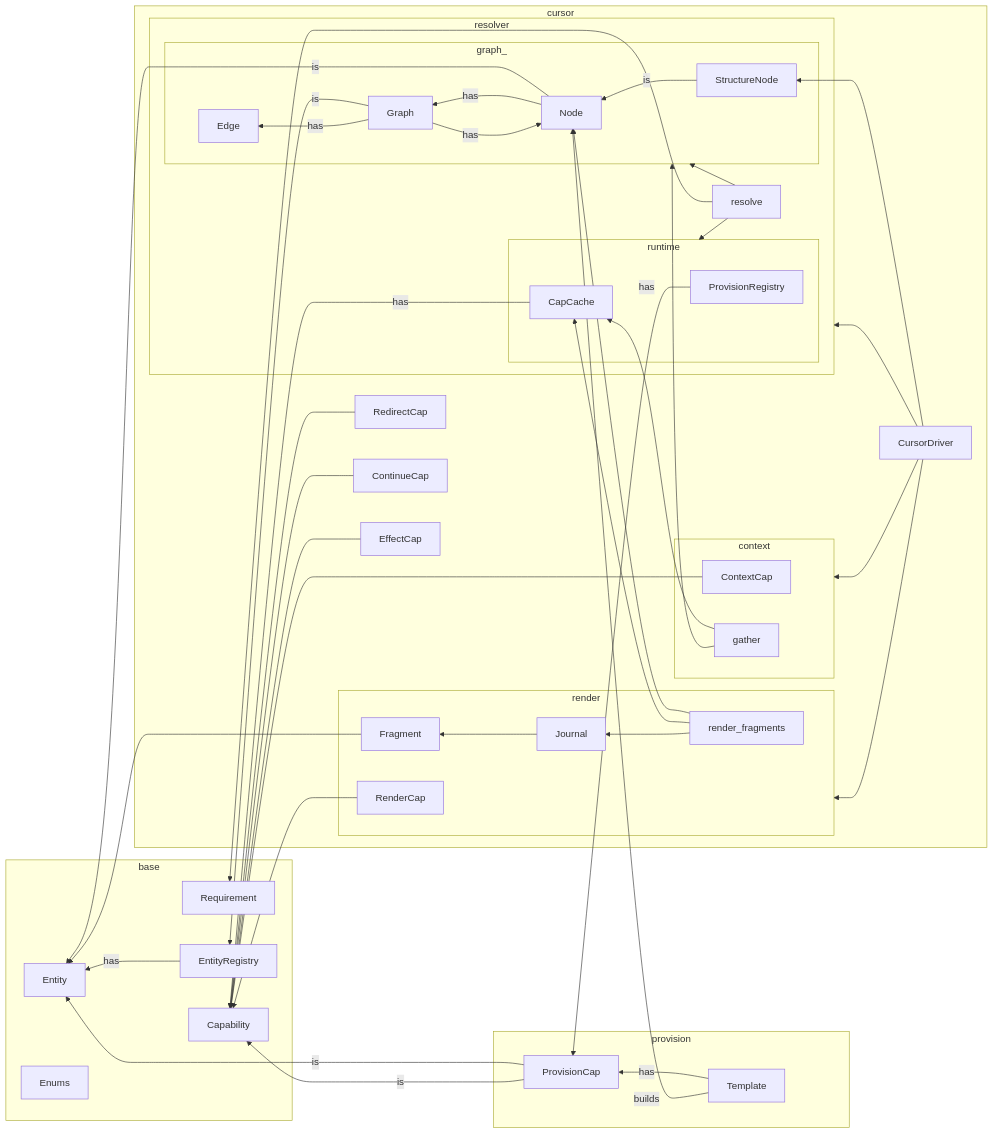
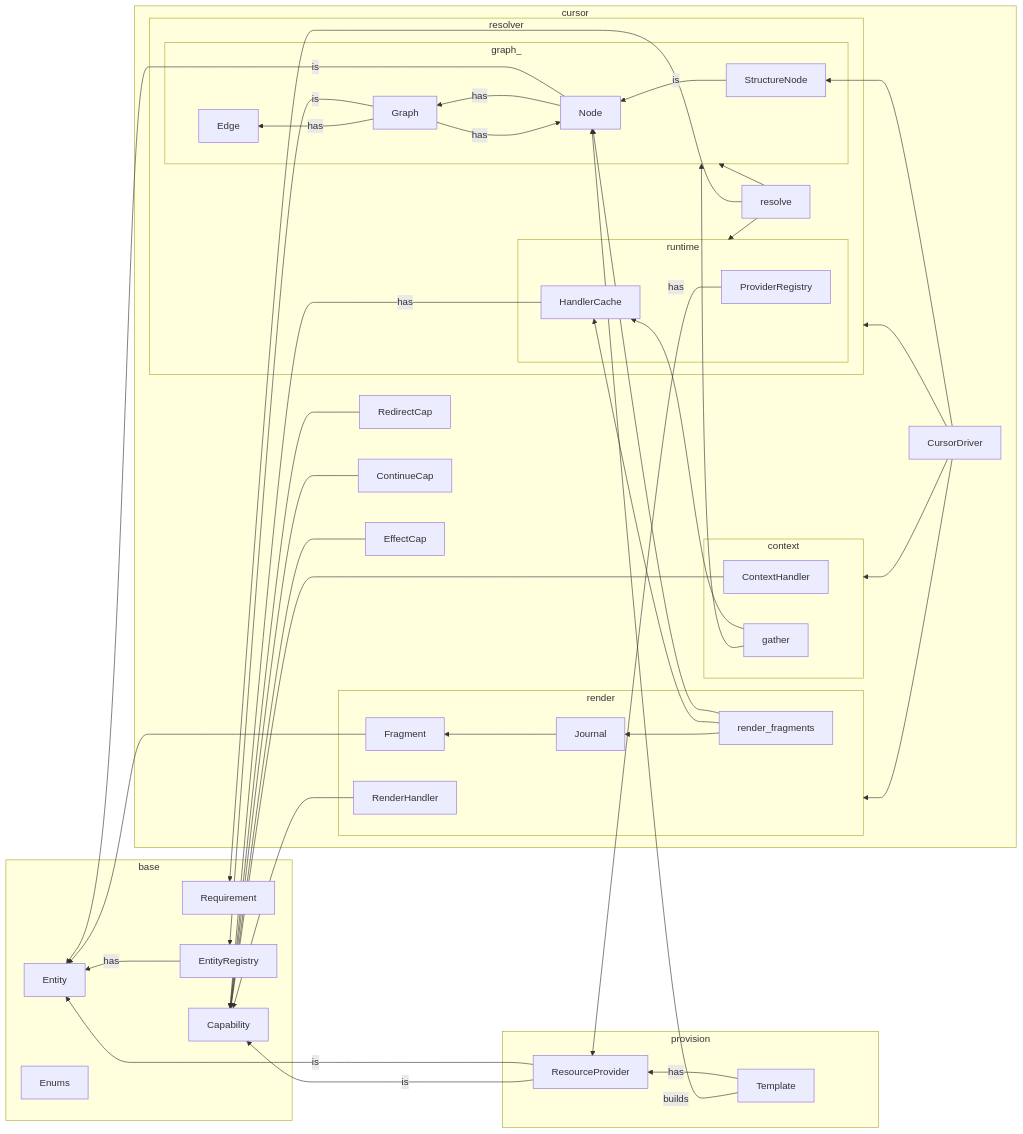
The diagram in engine/src/tangl33/core/notes.md (derekmerck/storytangl), drawn with Mermaid before and after one commit. The commit also changed 12 other files, not shown here.

````diff
--- a/engine/src/tangl33/core/notes.md
+++ b/engine/src/tangl33/core/notes.md
@@ -1,64 +1,63 @@
 ```mermaid
 flowchart RL
     subgraph base 
         Entity
         Enums
         EntityRegistry -- has --> Entity
         Capability
         Requirement
     end
 
     subgraph graph_
         Node -- is --> Entity
         Node -- has --> Graph
         StructureNode -- is --> Node
         Graph -- has --> Node
         Graph -- is --> EntityRegistry
         Graph -- has --> Edge
         Edge
     end
 
     subgraph provision
-        ProvisionCap -- is --> Entity
-        ProvisionCap -- is --> Capability
-        Template  -- has --> ProvisionCap
+        ResourceProvider -- is --> Entity
+        ResourceProvider -- is --> Capability
+        Template  -- has --> ResourceProvider
         Template -- builds --> Node
     end
 
    subgraph runtime
-        CapCache  -- has --> Capability
-        ProvisionRegistry -- has --> ProvisionCap
-        ProvisionRegistry
+        HandlerCache  -- has --> Capability
+        ProviderRegistry -- has --> ResourceProvider
     end
     
     subgraph resolver
         resolve --> Requirement
         resolve --> runtime
         resolve --> graph_
     end
 
     subgraph context
-        ContextCap --> Capability
-        gather --> CapCache
+        ContextHandler --> Capability
+        gather --> HandlerCache
         gather --> graph_
     end
 
     subgraph render
-        RenderCap --> Capability
+        RenderHandler --> Capability
         Fragment --> Entity
         Journal --> Fragment
         render_fragments --> Node
-        render_fragments --> CapCache
+        render_fragments --> HandlerCache
         render_fragments --> Journal
     end
 
     subgraph cursor
         RedirectCap --> Capability
         ContinueCap --> Capability
         EffectCap --> Capability
         CursorDriver --> StructureNode
         CursorDriver --> resolver
         CursorDriver --> context
         CursorDriver --> render
     end
 ```
````
